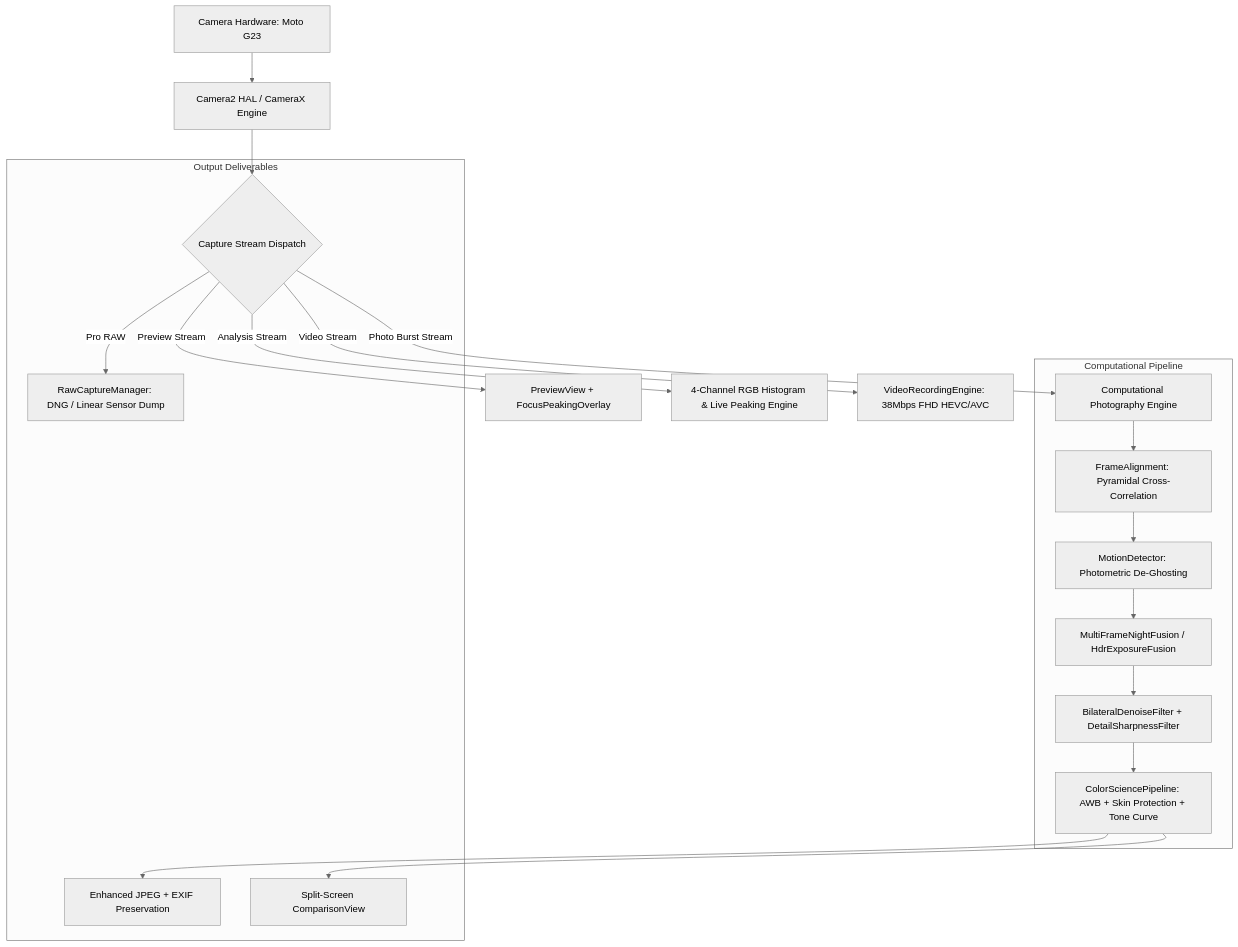
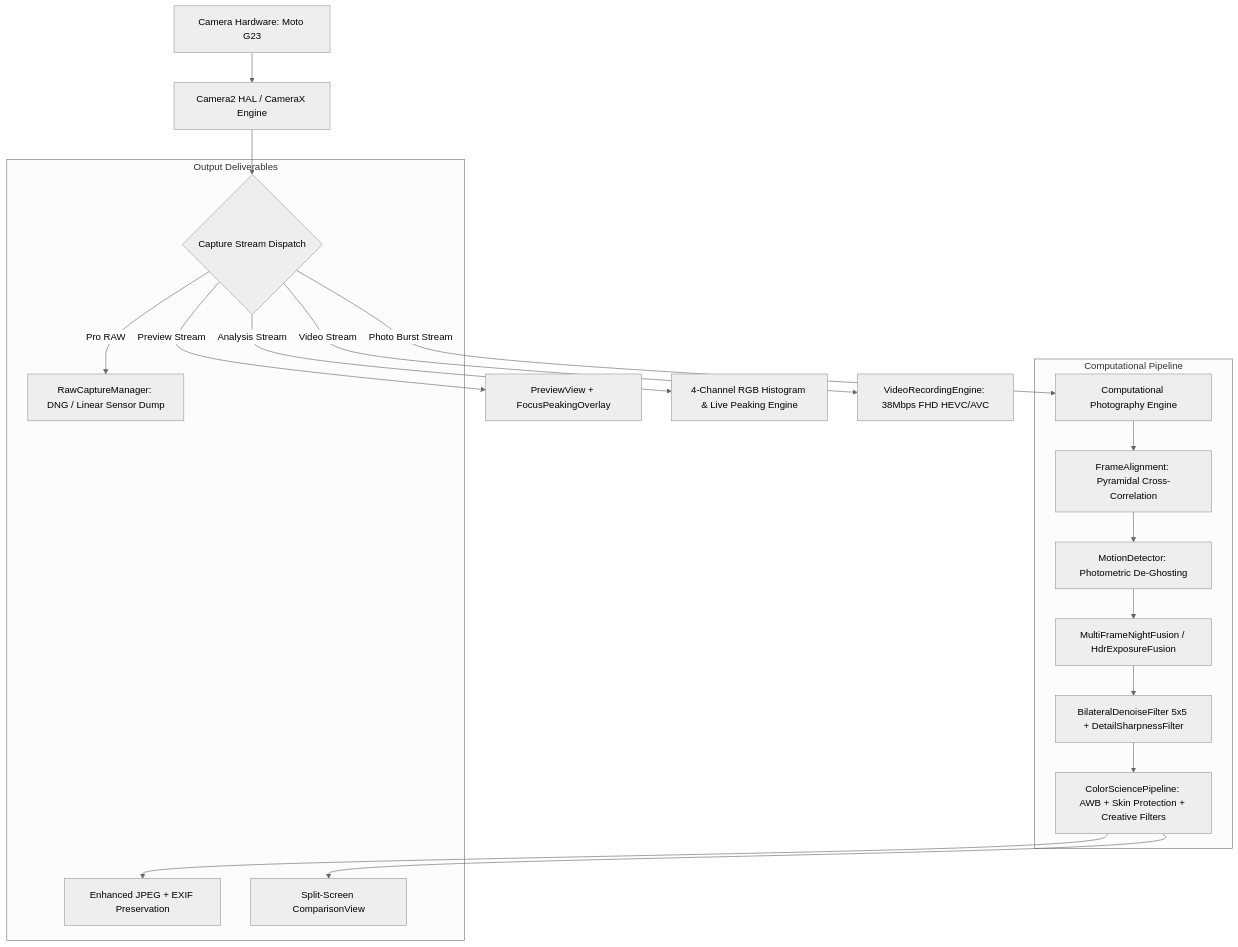
The diagram in README.md (Bishal-yeti/motovision-pro), drawn with Mermaid (neutral theme) before and after one commit. The commit also changed other lines of this file and 11 other files, not shown here.

Commit message:
Add pinch-to-zoom, quick zoom chips, enhanced grain reduction, and creative filter suite

````diff
--- a/README.md
+++ b/README.md
@@ -23,23 +32,23 @@
 ```mermaid
 graph TD
     A[Camera Hardware: Moto G23] --> B[Camera2 HAL / CameraX Engine]
     B --> C{Capture Stream Dispatch}
     C -->|Preview Stream| D[PreviewView + FocusPeakingOverlay]
     C -->|Analysis Stream| E[4-Channel RGB Histogram & Live Peaking Engine]
     C -->|Photo Burst Stream| F[Computational Photography Engine]
     C -->|Video Stream| G[VideoRecordingEngine: 38Mbps FHD HEVC/AVC]
     
     subgraph Computational Pipeline
         F --> H[FrameAlignment: Pyramidal Cross-Correlation]
         H --> I[MotionDetector: Photometric De-Ghosting]
         I --> J[MultiFrameNightFusion / HdrExposureFusion]
-        J --> K[BilateralDenoiseFilter + DetailSharpnessFilter]
-        K --> L[ColorSciencePipeline: AWB + Skin Protection + Tone Curve]
+        J --> K[BilateralDenoiseFilter 5x5 + DetailSharpnessFilter]
+        K --> L[ColorSciencePipeline: AWB + Skin Protection + Creative Filters]
     end
     
     subgraph Output Deliverables
         L --> M[Enhanced JPEG + EXIF Preservation]
         L --> N[Split-Screen ComparisonView]
         C -->|Pro RAW| O[RawCaptureManager: DNG / Linear Sensor Dump]
     end
 ```
````
